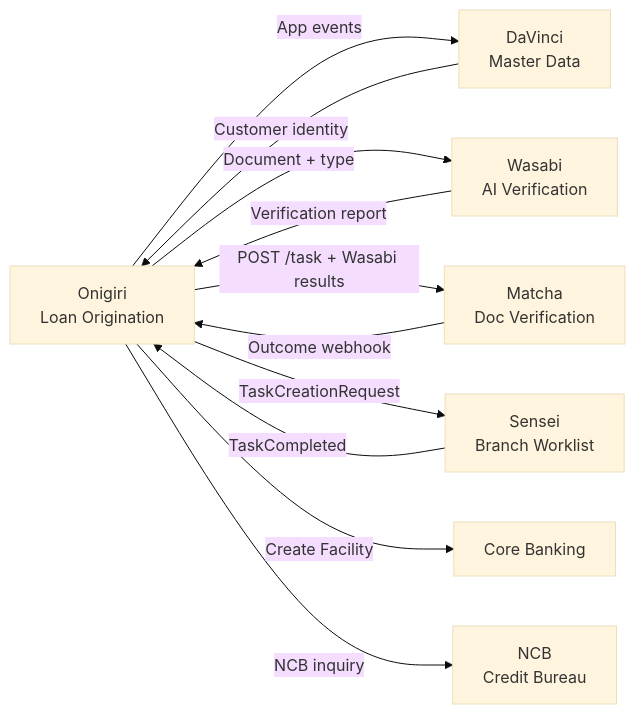
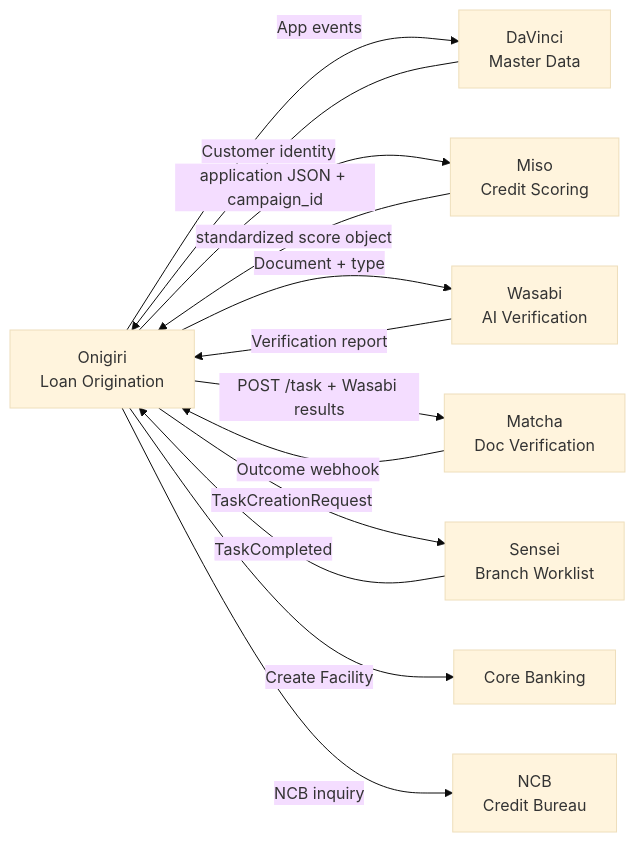
Before and after one commit to chanatan-sri/TurboProduct: the second of 2 diagrams in product/credit/onigiri/PRODUCT.md, drawn with Mermaid (base theme). The commit also changed other lines of this file and 12 other files, not shown here.

First line of the commit message:
feat(product): define Miso credit scoring service in Credit portfolio

````diff
--- a/product/credit/onigiri/PRODUCT.md
+++ b/product/credit/onigiri/PRODUCT.md
@@ -137,21 +140,24 @@
 ```mermaid
 graph LR
     Onigiri[Onigiri\nLoan Origination]
+    Miso[Miso\nCredit Scoring]
     DaVinci[DaVinci\nMaster Data]
     Wasabi[Wasabi\nAI Verification]
     Matcha[Matcha\nDoc Verification]
     Sensei[Sensei\nBranch Worklist]
     CoreBanking[Core Banking]
     NCB[NCB\nCredit Bureau]
 
     DaVinci -->|Customer identity| Onigiri
     Onigiri -->|App events| DaVinci
+    Onigiri -->|application JSON + campaign_id| Miso
+    Miso -->|standardized score object| Onigiri
     Onigiri -->|Document + type| Wasabi
     Wasabi -->|Verification report| Onigiri
     Onigiri -->|POST /task + Wasabi results| Matcha
     Matcha -->|Outcome webhook| Onigiri
     Onigiri -->|TaskCreationRequest| Sensei
     Sensei -->|TaskCompleted| Onigiri
     Onigiri -->|Create Facility| CoreBanking
     Onigiri -->|NCB inquiry| NCB
 ```
````
